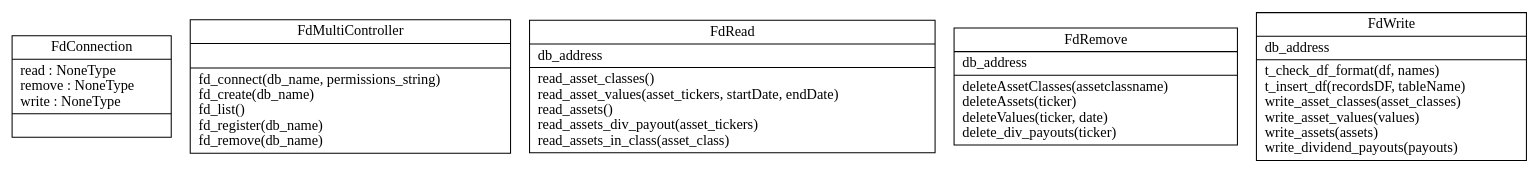
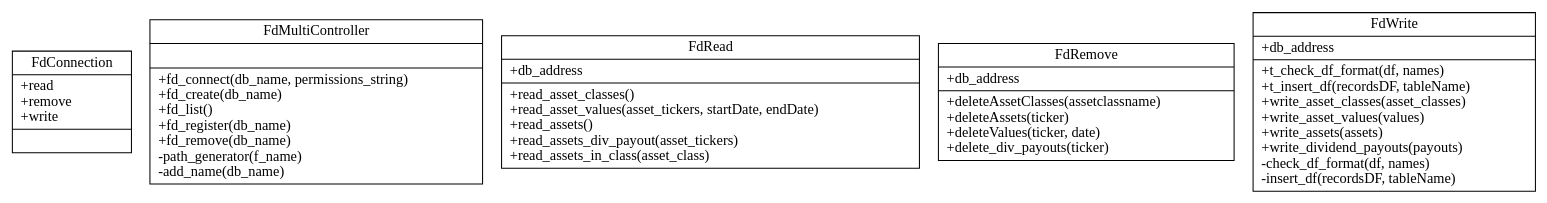
Before and after one commit to Veluga/Thalia-Backtesting-Tool: the diagram in Report/uml/classes_Finda.dot, drawn with Graphviz.

```diff
--- a/Report/uml/classes_Finda.dot
+++ b/Report/uml/classes_Finda.dot
@@ -1,9 +1,9 @@
 digraph "classes_Finda" {
 charset="utf-8"
 rankdir=BT
-"0" [label="{FdConnection|read : NoneType\lremove : NoneType\lwrite : NoneType\l|}", shape="record"];
-"1" [label="{FdMultiController|\l|fd_connect(db_name, permissions_string)\lfd_create(db_name)\lfd_list()\lfd_register(db_name)\lfd_remove(db_name)\l}", shape="record"];
-"2" [label="{FdRead|db_address\l|read_asset_classes()\lread_asset_values(asset_tickers, startDate, endDate)\lread_assets()\lread_assets_div_payout(asset_tickers)\lread_assets_in_class(asset_class)\l}", shape="record"];
-"3" [label="{FdRemove|db_address\l|deleteAssetClasses(assetclassname)\ldeleteAssets(ticker)\ldeleteValues(ticker, date)\ldelete_div_payouts(ticker)\l}", shape="record"];
-"4" [label="{FdWrite|db_address\l|t_check_df_format(df, names)\lt_insert_df(recordsDF, tableName)\lwrite_asset_classes(asset_classes)\lwrite_asset_values(values)\lwrite_assets(assets)\lwrite_dividend_payouts(payouts)\l}", shape="record"];
+"0" [label="{FdConnection|+read\l+remove\l+write\l|}", shape="record"];
+"1" [label="{FdMultiController|\l|+fd_connect(db_name, permissions_string)\l+fd_create(db_name)\l+fd_list()\l+fd_register(db_name)\l+fd_remove(db_name)\l-path_generator(f_name)\l-add_name(db_name)\l}", shape="record"];
+"2" [label="{FdRead|+db_address\l|+read_asset_classes()\l+read_asset_values(asset_tickers, startDate, endDate)\l+read_assets()\l+read_assets_div_payout(asset_tickers)\l+read_assets_in_class(asset_class)\l}", shape="record"];
+"3" [label="{FdRemove|+db_address\l|+deleteAssetClasses(assetclassname)\l+deleteAssets(ticker)\l+deleteValues(ticker, date)\l+delete_div_payouts(ticker)\l}", shape="record"];
+"4" [label="{FdWrite|+db_address\l|+t_check_df_format(df, names)\l+t_insert_df(recordsDF, tableName)\l+write_asset_classes(asset_classes)\l+write_asset_values(values)\l+write_assets(assets)\l+write_dividend_payouts(payouts)\l-check_df_format(df, names)\l-insert_df(recordsDF, tableName)\l}", shape="record"];
 }
```
